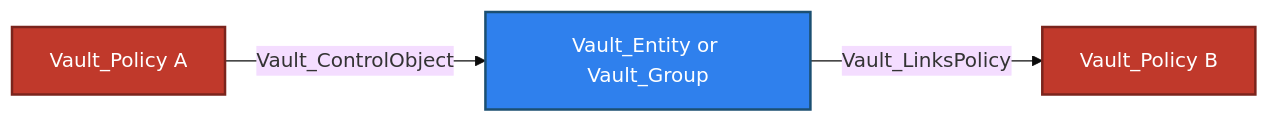
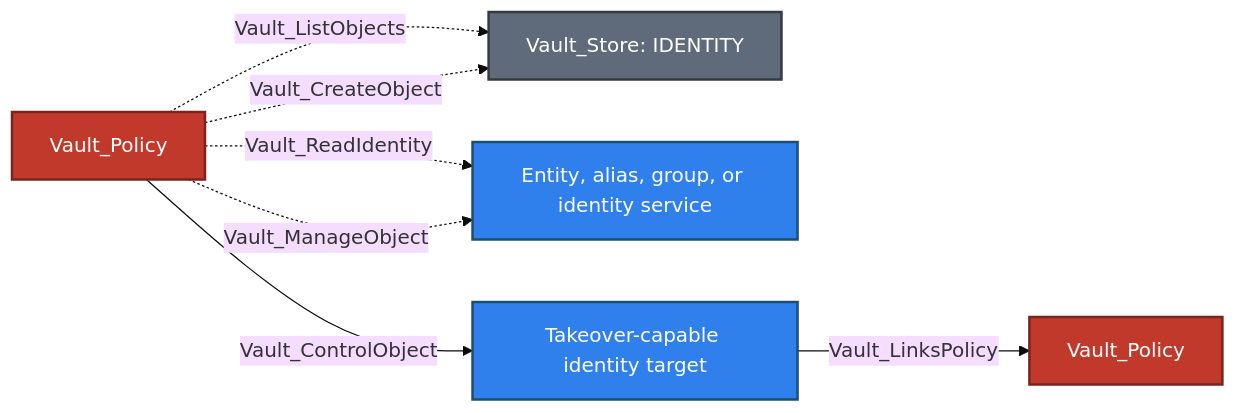
One commit to bytewreck/opengraph-vault changed the fifth of 14 diagrams in Documentation/stores/IDENTITY.md. Above: the diagram before and after it, drawn with Mermaid (base theme). The commit also changed other lines of this file and 5 other files, not shown here.

````diff
--- a/Documentation/stores/IDENTITY.md
+++ b/Documentation/stores/IDENTITY.md
@@ -260,8 +232,13 @@
 ```mermaid
 flowchart LR
-    policyA["Vault_Policy A"]:::policyNode -->|Vault_ControlObject| identity["Vault_Entity or Vault_Group"]:::identityNode
-    identity -->|Vault_LinksPolicy| policyB["Vault_Policy B"]:::policyNode
+    policy[Vault_Policy]:::policyNode -.->|Vault_ListObjects| store[Vault_Store: IDENTITY]:::storeNode
+    policy -.->|Vault_CreateObject| store
+    policy -.->|Vault_ReadIdentity| object[Entity, alias, group, or identity service]:::identityNode
+    policy -.->|Vault_ManageObject| object
+    policy -->|Vault_ControlObject| controlled[Takeover-capable identity target]:::identityNode
+    controlled -->|Vault_LinksPolicy| granted[Vault_Policy]:::policyNode
 
     classDef policyNode fill:#C0392B,color:#fff,stroke:#7B241C,stroke-width:2px
+    classDef storeNode fill:#5F6B7A,color:#fff,stroke:#343A40,stroke-width:2px
     classDef identityNode fill:#2F80ED,color:#fff,stroke:#1B4F72,stroke-width:2px
 ```
````
